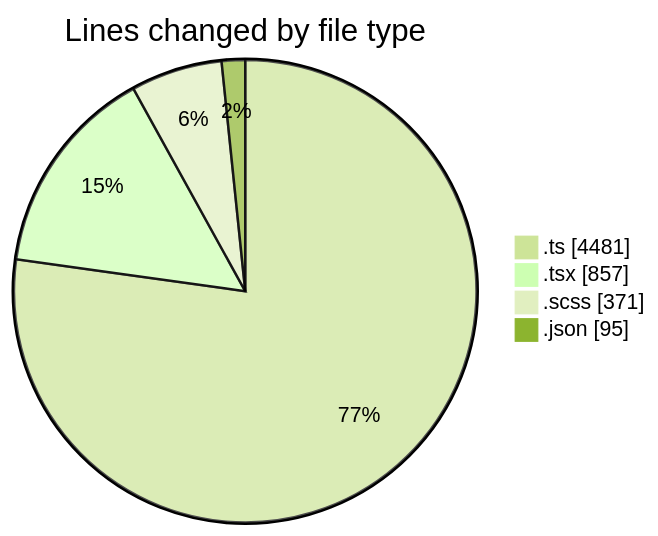
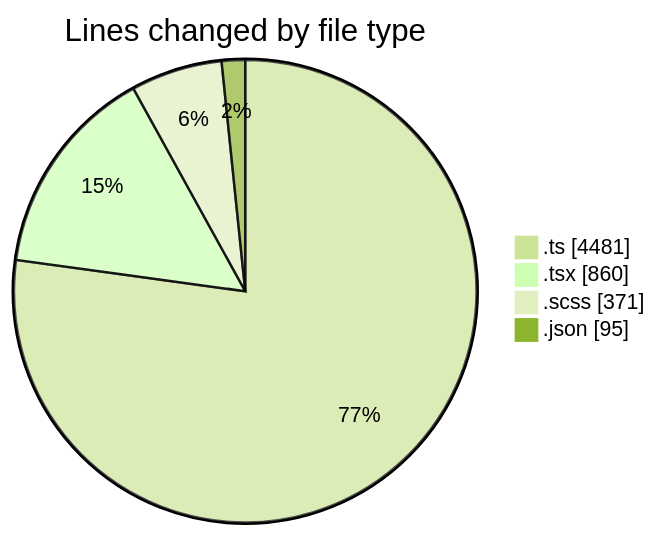
One commit to momahboobian/code-tracking changed the first of 2 diagrams in 2026-10-29/cda/README.md. Above: the diagram before and after it, drawn with Mermaid (forest theme). The commit also changed other lines of this file and 1 other file, not shown here.

````diff
--- a/2026-10-29/cda/README.md
+++ b/2026-10-29/cda/README.md
@@ -29,8 +30,8 @@
 ```mermaid
 pie showData
 title Lines changed by file type
 ".ts" : 4481
-".tsx" : 857
+".tsx" : 860
 ".scss" : 371
 ".json" : 95
 ```
````
